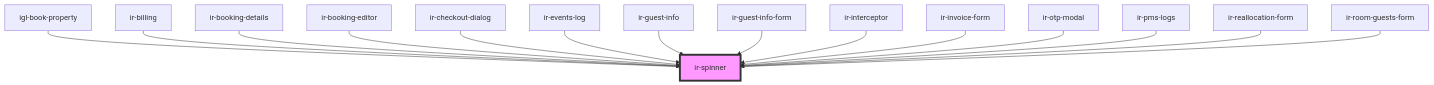
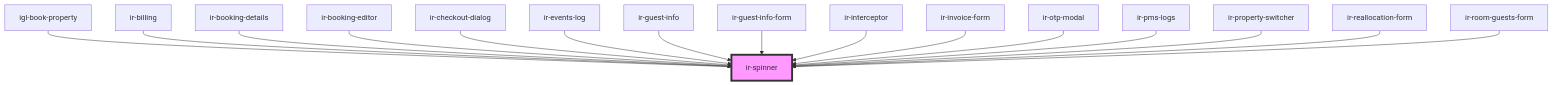
Before and after one commit to RonyRizk/ir-webcmp: the diagram in src/components/ui/ir-spinner/readme.md, drawn with Mermaid. The commit also changed other lines of this file and 57 other files, not shown here.

````diff
--- a/src/components/ui/ir-spinner/readme.md
+++ b/src/components/ui/ir-spinner/readme.md
@@ -38,18 +39,19 @@
 ```mermaid
 graph TD;
   igl-book-property --> ir-spinner
   ir-billing --> ir-spinner
   ir-booking-details --> ir-spinner
   ir-booking-editor --> ir-spinner
   ir-checkout-dialog --> ir-spinner
   ir-events-log --> ir-spinner
   ir-guest-info --> ir-spinner
   ir-guest-info-form --> ir-spinner
   ir-interceptor --> ir-spinner
   ir-invoice-form --> ir-spinner
   ir-otp-modal --> ir-spinner
   ir-pms-logs --> ir-spinner
+  ir-property-switcher --> ir-spinner
   ir-reallocation-form --> ir-spinner
   ir-room-guests-form --> ir-spinner
   style ir-spinner fill:#f9f,stroke:#333,stroke-width:4px
 ```
````
